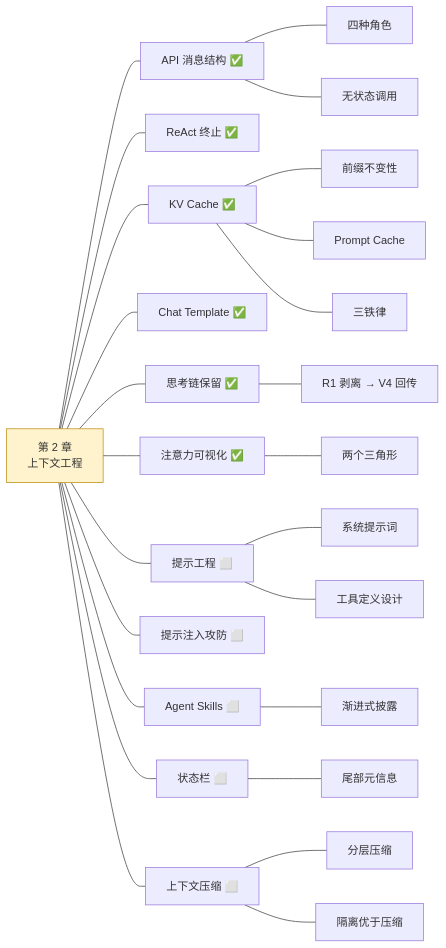
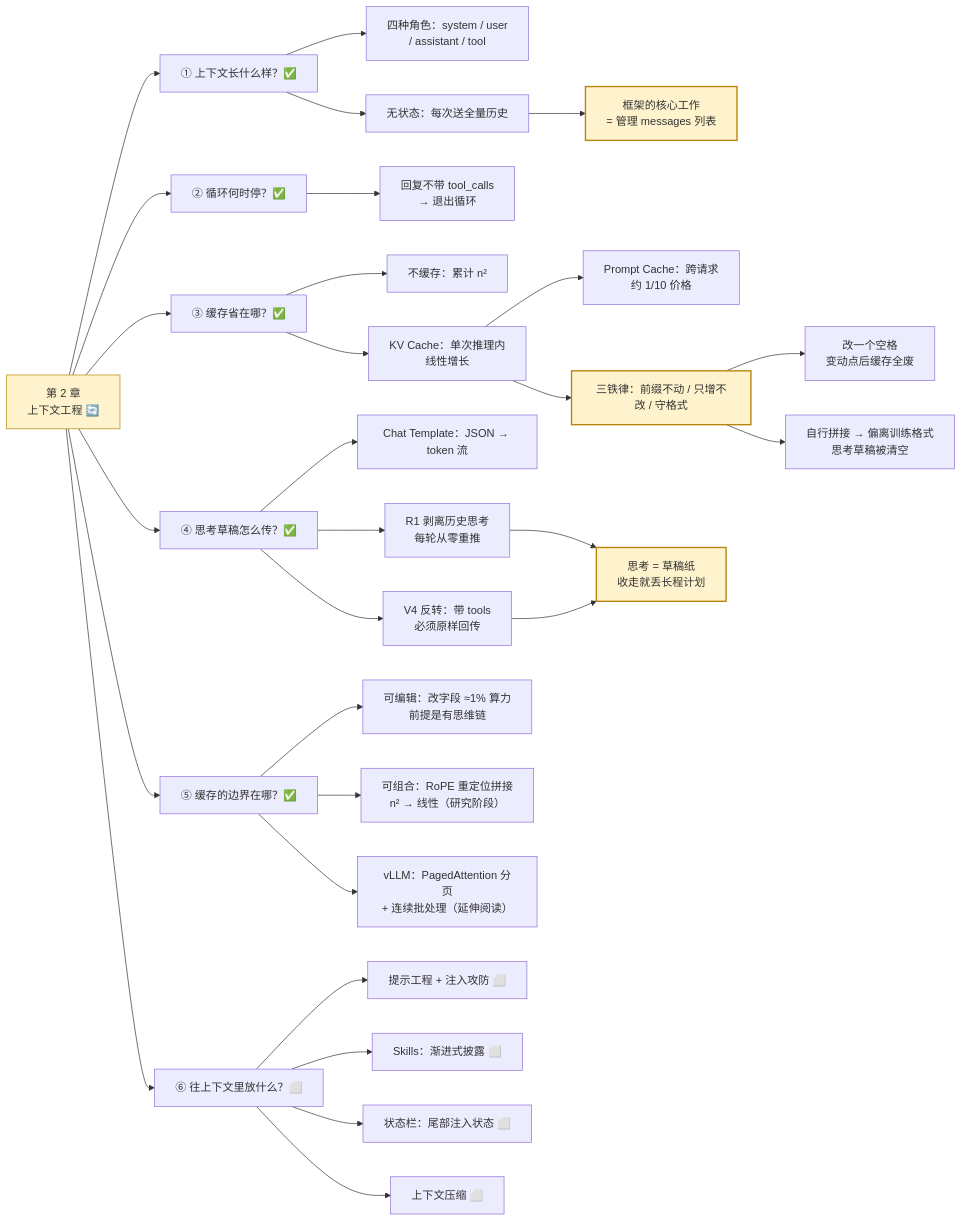
One commit to dongxuanmang/dongxuanmang.github.io changed the third of 3 diagrams in source/agent-book/index.md. Above: the diagram before and after it, drawn with Mermaid. The commit also changed other lines of this file, not shown here.

Commit message:
content: 重做章节思维导图——问题链骨架、洞见节点与关系边，替换名词堆砌

```diff
--- a/source/agent-book/index.md
+++ b/source/agent-book/index.md
@@ -98,28 +109,42 @@
 {% mermaid %}
 graph LR
-    CH2["第 2 章<br/>上下文工程"] --- A["API 消息结构 ✅"]
-    CH2 --- B["ReAct 终止 ✅"]
-    CH2 --- C["KV Cache ✅"]
-    CH2 --- D["Chat Template ✅"]
-    CH2 --- E["思考链保留 ✅"]
-    CH2 --- F["注意力可视化 ✅"]
-    CH2 --- G["提示工程 ⬜"]
-    CH2 --- H["提示注入攻防 ⬜"]
-    CH2 --- I["Agent Skills ⬜"]
-    CH2 --- J["状态栏 ⬜"]
-    CH2 --- K["上下文压缩 ⬜"]
-    A --- A1["四种角色"]
-    A --- A2["无状态调用"]
-    C --- C1["前缀不变性"]
-    C --- C2["Prompt Cache"]
-    C --- C3["三铁律"]
-    E --- E1["R1 剥离 → V4 回传"]
-    F --- F1["两个三角形"]
-    G --- G1["系统提示词"]
-    G --- G2["工具定义设计"]
-    I --- I1["渐进式披露"]
-    J --- J1["尾部元信息"]
-    K --- K1["分层压缩"]
-    K --- K2["隔离优于压缩"]
+    CH2["第 2 章<br/>上下文工程 🔄"] --> Q1["① 上下文长什么样？✅"]
+    CH2 --> Q2["② 循环何时停？✅"]
+    CH2 --> Q3["③ 缓存省在哪？✅"]
+    CH2 --> Q4["④ 思考草稿怎么传？✅"]
+    CH2 --> Q5["⑤ 缓存的边界在哪？✅"]
+    CH2 --> Q6["⑥ 往上下文里放什么？⬜"]
+
+    Q1 --> A1["四种角色：system / user<br/>/ assistant / tool"]
+    Q1 --> A2["无状态：每次送全量历史"]
+    A2 --> A3["框架的核心工作<br/>= 管理 messages 列表"]
+
+    Q2 --> B1["回复不带 tool_calls<br/>→ 退出循环"]
+
+    Q3 --> C1["不缓存：累计 n²"]
+    Q3 --> C2["KV Cache：单次推理内<br/>线性增长"]
+    C2 --> C21["Prompt Cache：跨请求<br/>约 1/10 价格"]
+    C2 --> C22["三铁律：前缀不动 / 只增不改 / 守格式"]
+    C22 --> C23["改一个空格<br/>变动点后缓存全废"]
+    C22 --> C24["自行拼接 → 偏离训练格式<br/>思考草稿被清空"]
+
+    Q4 --> D1["Chat Template：JSON → token 流"]
+    Q4 --> D2["R1 剥离历史思考<br/>每轮从零重推"]
+    Q4 --> D3["V4 反转：带 tools<br/>必须原样回传"]
+    D2 --> D4["思考 = 草稿纸<br/>收走就丢长程计划"]
+    D3 --> D4
+
+    Q5 --> E1["可编辑：改字段 ≈1% 算力<br/>前提是有思维链"]
+    Q5 --> E2["可组合：RoPE 重定位拼接<br/>n² → 线性（研究阶段）"]
+    Q5 --> E3["vLLM：PagedAttention 分页<br/>+ 连续批处理（延伸阅读）"]
+
+    Q6 --> F1["提示工程 + 注入攻防 ⬜"]
+    Q6 --> F2["Skills：渐进式披露 ⬜"]
+    Q6 --> F3["状态栏：尾部注入状态 ⬜"]
+    Q6 --> F4["上下文压缩 ⬜"]
+
     style CH2 fill:#fff3cd,stroke:#b8860b
+    style A3 fill:#fff3cd,stroke:#b8860b,stroke-width:2px
+    style C22 fill:#fff3cd,stroke:#b8860b,stroke-width:2px
+    style D4 fill:#fff3cd,stroke:#b8860b,stroke-width:2px
 {% endmermaid %}
```
